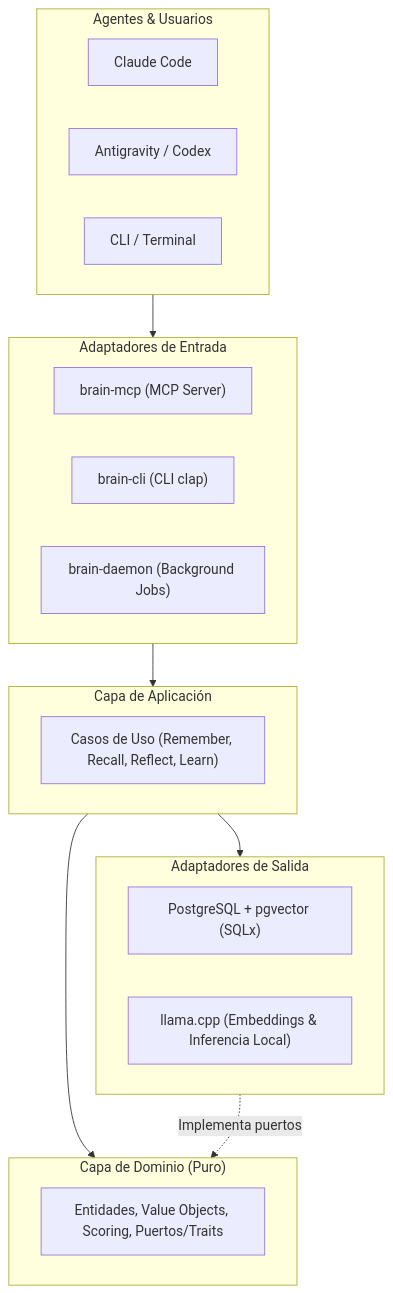
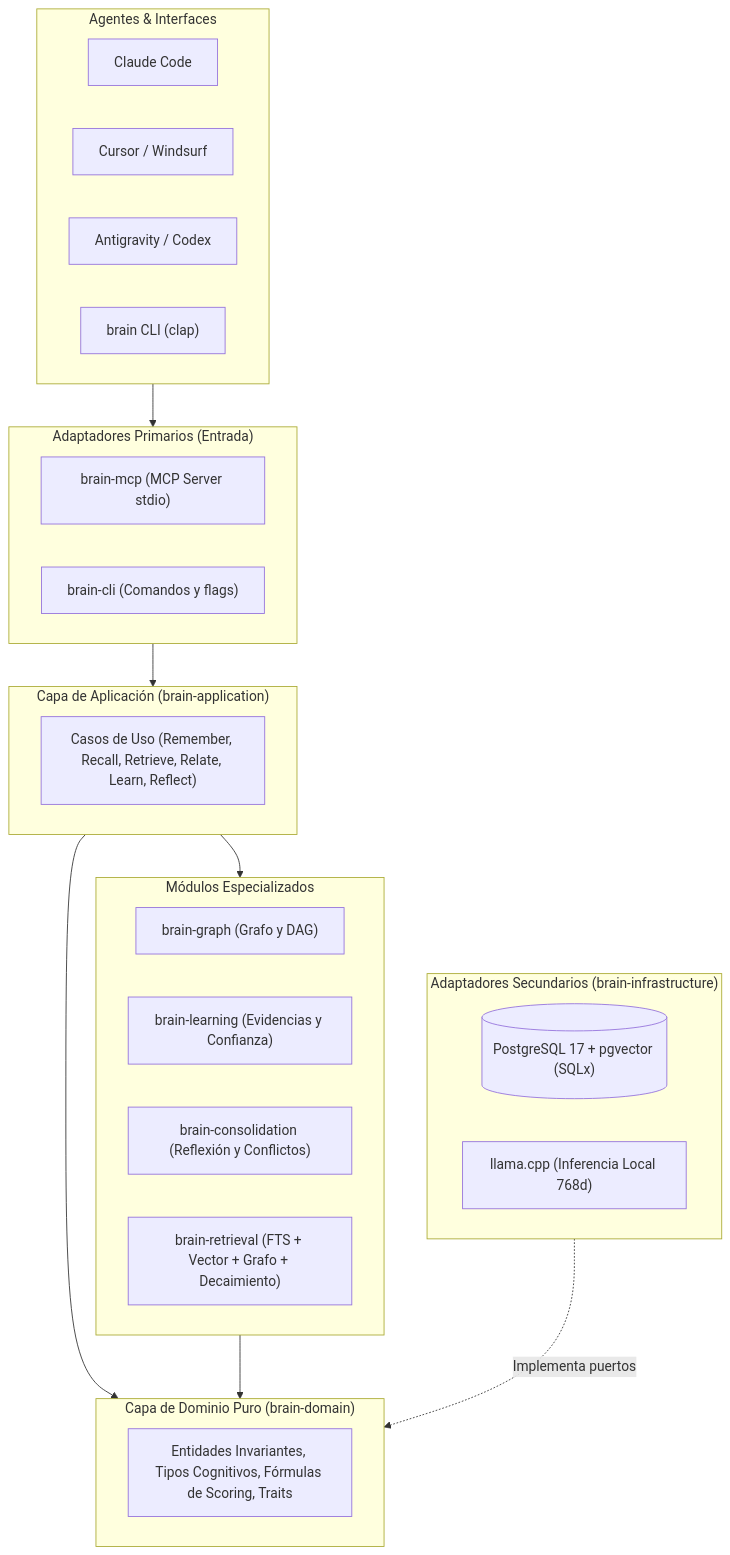
Before and after one commit to guty3rrez/local-brain: the diagram in README.md, drawn with Mermaid. The commit also changed other lines of this file and 25 other files, not shown here.

````diff
--- a/README.md
+++ b/README.md
@@ -112,33 +282,41 @@
 ```mermaid
 flowchart TD
-    subgraph Clients["Agentes & Usuarios"]
-        A1["Claude Code"]
-        A2["Antigravity / Codex"]
-        A3["CLI / Terminal"]
+    subgraph Clients["Agentes & Interfaces"]
+        CC["Claude Code"]
+        CU["Cursor / Windsurf"]
+        AG["Antigravity / Codex"]
+        CLI["brain CLI (clap)"]
     end
 
-    subgraph Interfaces["Adaptadores de Entrada"]
-        MCP["brain-mcp (MCP Server)"]
-        CLI["brain-cli (CLI clap)"]
-        Daemon["brain-daemon (Background Jobs)"]
+    subgraph Entrypoints["Adaptadores Primarios (Entrada)"]
+        MCP["brain-mcp (MCP Server stdio)"]
+        CMD["brain-cli (Comandos y flags)"]
     end
 
-    subgraph Application["Capa de Aplicación"]
-        App["Casos de Uso (Remember, Recall, Reflect, Learn)"]
+    subgraph Application["Capa de Aplicación (brain-application)"]
+        UC["Casos de Uso (Remember, Recall, Retrieve, Relate, Learn, Reflect)"]
     end
 
-    subgraph Domain["Capa de Dominio (Puro)"]
-        Dom["Entidades, Value Objects, Scoring, Puertos/Traits"]
+    subgraph Domain["Capa de Dominio Puro (brain-domain)"]
+        DOM["Entidades Invariantes, Tipos Cognitivos, Fórmulas de Scoring, Traits"]
     end
 
-    subgraph Infrastructure["Adaptadores de Salida"]
-        PG["PostgreSQL + pgvector (SQLx)"]
-        LLM["llama.cpp (Embeddings & Inferencia Local)"]
+    subgraph SpecializedCrates["Módulos Especializados"]
+        GRA["brain-graph (Grafo y DAG)"]
+        LEA["brain-learning (Evidencias y Confianza)"]
+        CON["brain-consolidation (Reflexión y Conflictos)"]
+        RET["brain-retrieval (FTS + Vector + Grafo + Decaimiento)"]
     end
 
-    Clients --> Interfaces
-    Interfaces --> Application
+    subgraph Infrastructure["Adaptadores Secundarios (brain-infrastructure)"]
+        PG[("PostgreSQL 17 + pgvector (SQLx)")]
+        LLM["llama.cpp (Inferencia Local 768d)"]
+    end
+
+    Clients --> Entrypoints
+    Entrypoints --> Application
     Application --> Domain
-    Application --> Infrastructure
+    Application --> SpecializedCrates
+    SpecializedCrates --> Domain
     Infrastructure -.->|Implementa puertos| Domain
 ```
````
